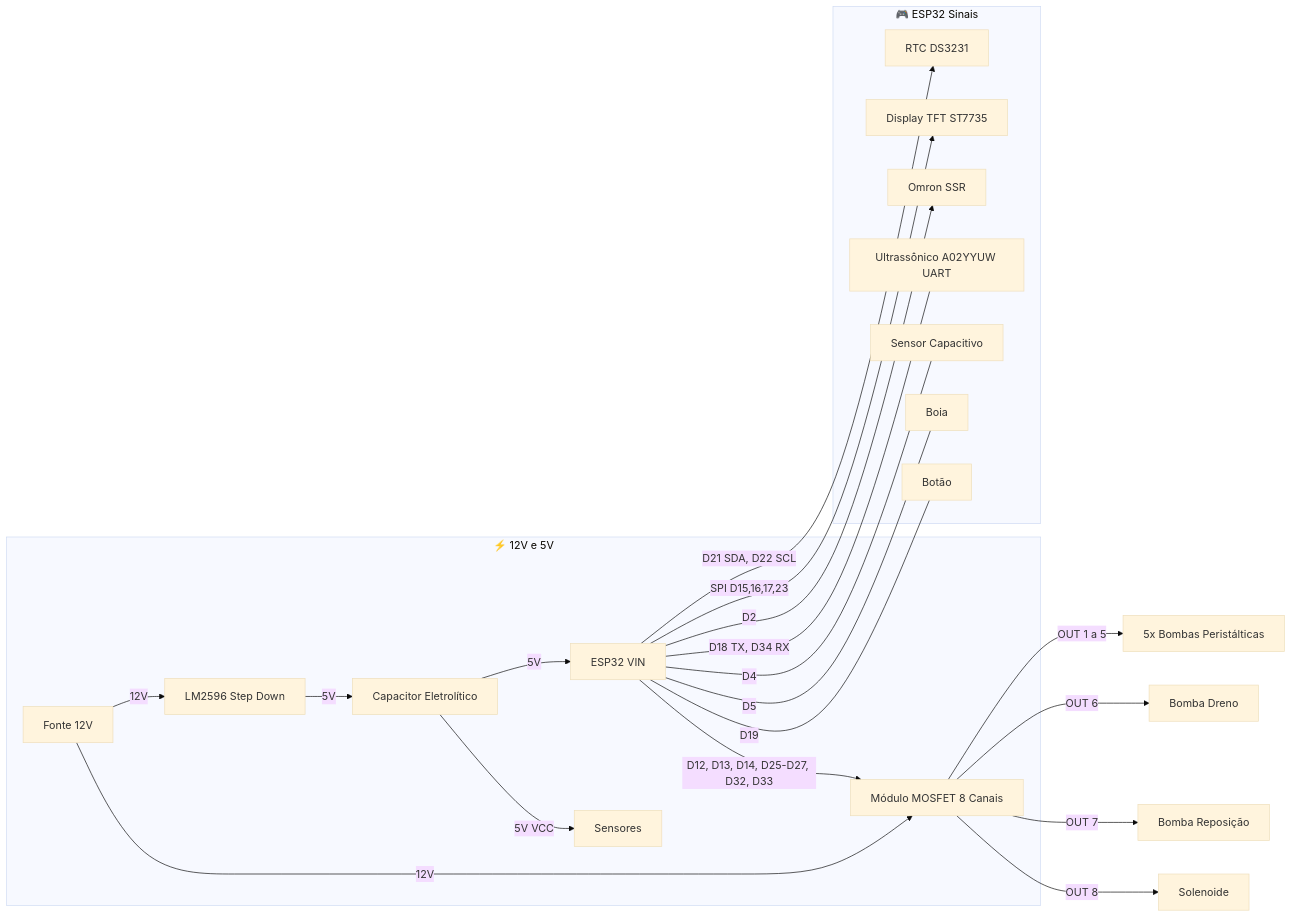
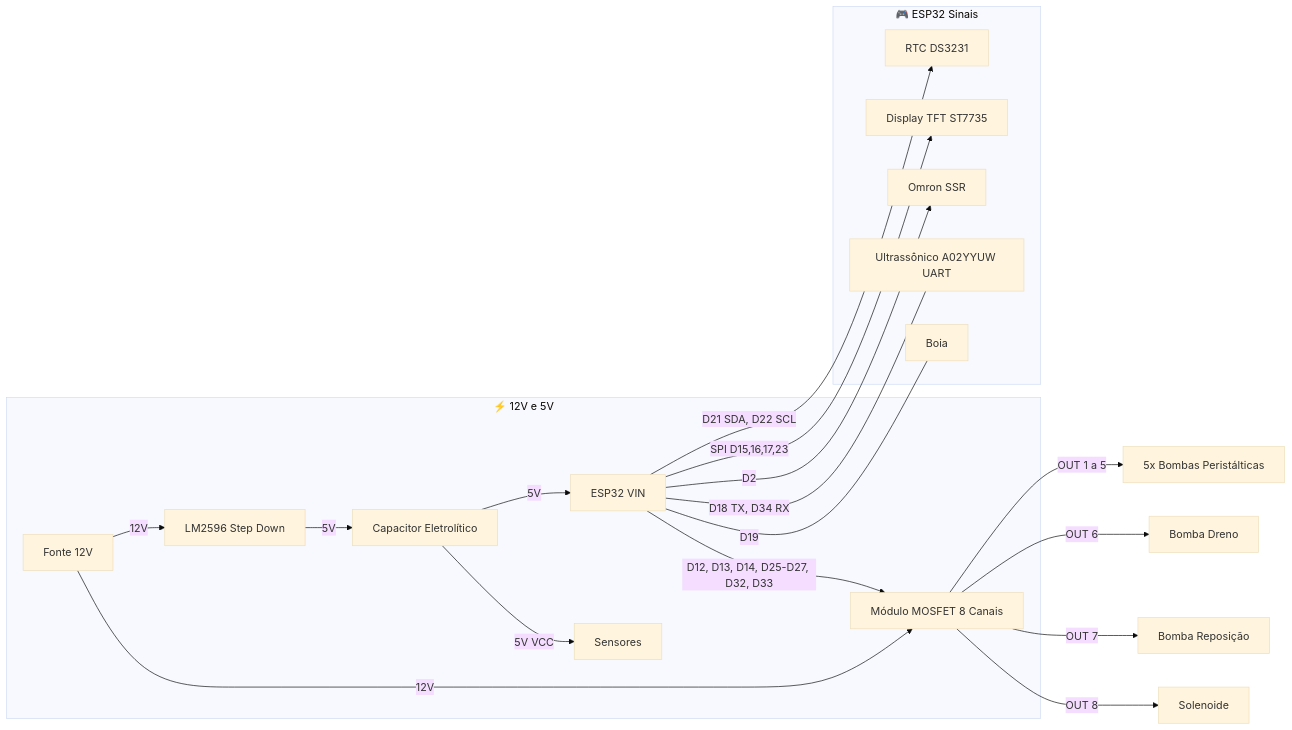
Before and after one commit to PhilipeGatis/IARA: the second of 2 diagrams in README.pt-BR.md, drawn with Mermaid (base theme). The commit also changed other lines of this file and 9 other files, not shown here.

````diff
--- a/README.pt-BR.md
+++ b/README.pt-BR.md
@@ -112,26 +112,24 @@
 ```mermaid
 graph LR
   subgraph Alimentacao [⚡ 12V e 5V]
     PSU[Fonte 12V] -->|12V| MOSFET[Módulo MOSFET 8 Canais]
     PSU -->|12V| LM2596[LM2596 Step Down]
     LM2596 -->|5V| Cap[Capacitor Eletrolítico]
     Cap -->|5V| ESP32[ESP32 VIN]
     Cap -->|5V VCC| SENS[Sensores]
   end
 
   subgraph Sinais [🎮 ESP32 Sinais]
     ESP32 -->|D21 SDA, D22 SCL| I2C[RTC DS3231]
     ESP32 -->|SPI D15,16,17,23| TFT[Display TFT ST7735]
     ESP32 -->|D12, D13, D14, D25-D27, D32, D33| MOSFET
     ESP32 -->|D2| SSR[Omron SSR]
     ESP32 ---|D18 TX, D34 RX| Ultra[Ultrassônico A02YYUW UART]
-    ESP32 ---|D4| Water[Sensor Capacitivo]
-    ESP32 ---|D5| Float[Boia]
-    ESP32 ---|D19| Button[Botão]
+    ESP32 ---|D19| Float[Boia]
   end
 
   MOSFET -->|OUT 1 a 5| Peristalticas[5x Bombas Peristálticas]
   MOSFET -->|OUT 6| Diaphragm[Bomba Dreno]
   MOSFET -->|OUT 7| WaterPump[Bomba Reposição]
   MOSFET -->|OUT 8| Solenoid[Solenoide]
 ```
````
